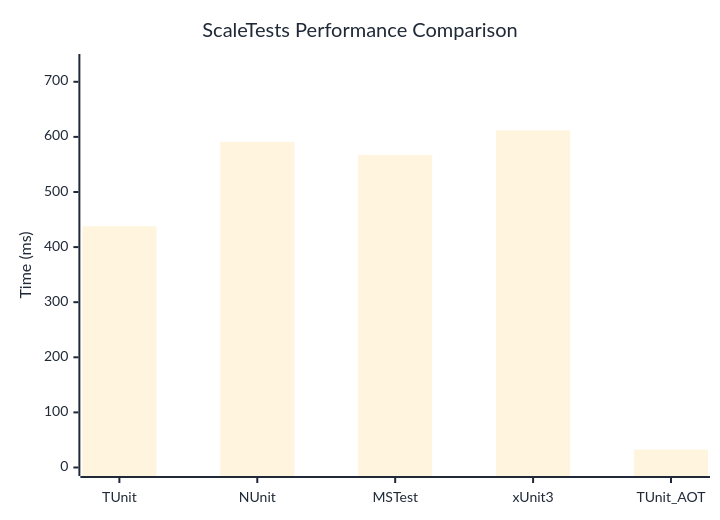
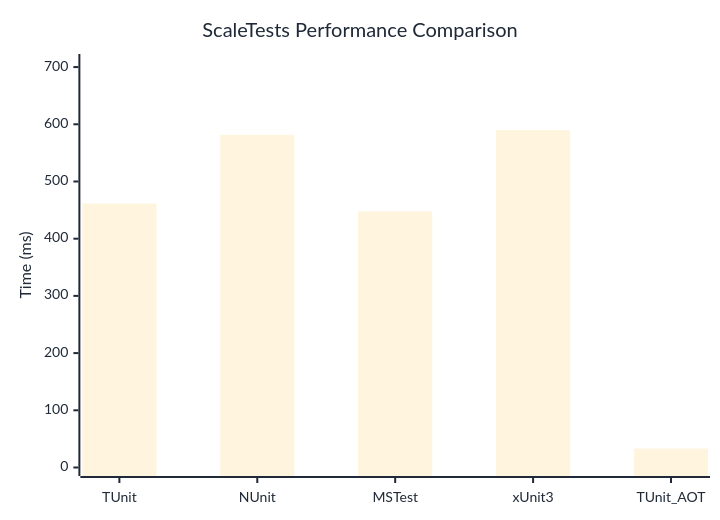
Before and after one commit to weiyilai/TUnit: the diagram in docs/docs/benchmarks/ScaleTests.md, drawn with Mermaid. The commit also changed other lines of this file and 17 other files, not shown here.

````diff
--- a/docs/docs/benchmarks/ScaleTests.md
+++ b/docs/docs/benchmarks/ScaleTests.md
@@ -27,37 +27,37 @@
 ```mermaid
 %%{init: {
   'theme':'base',
   'themeVariables': {
     'primaryColor': '#2563eb',
     'primaryTextColor': '#1f2937',
     'primaryBorderColor': '#1e40af',
     'lineColor': '#6b7280',
     'secondaryColor': '#7c3aed',
     'tertiaryColor': '#dc2626',
     'background': '#ffffff',
     'mainBkg': '#2563eb',
     'secondBkg': '#7c3aed',
     'tertiaryBkg': '#dc2626',
     'clusterBkg': '#f3f4f6',
     'edgeLabelBackground': '#ffffff',
     'tertiaryTextColor': '#1f2937',
     'pie1': '#2563eb',
     'pie2': '#7c3aed',
     'pie3': '#dc2626',
     'pie4': '#f59e0b',
     'pie5': '#10b981',
     'pie6': '#06b6d4',
     'pie7': '#ec4899',
     'pie8': '#6366f1',
     'pie9': '#84cc16',
     'pie10': '#f97316',
     'pie11': '#14b8a6',
     'pie12': '#a855f7'
   }
 }}%%
 xychart-beta
   title "ScaleTests Performance Comparison"
   x-axis ["TUnit", "NUnit", "MSTest", "xUnit3", "TUnit_AOT"]
-  y-axis "Time (ms)" 0 --> 735
-  bar [437.81, 591.08, 567.35, 611.67, 32.57]
+  y-axis "Time (ms)" 0 --> 708
+  bar [461.39, 581.69, 447.84, 589.7, 33.1]
 ```
````
